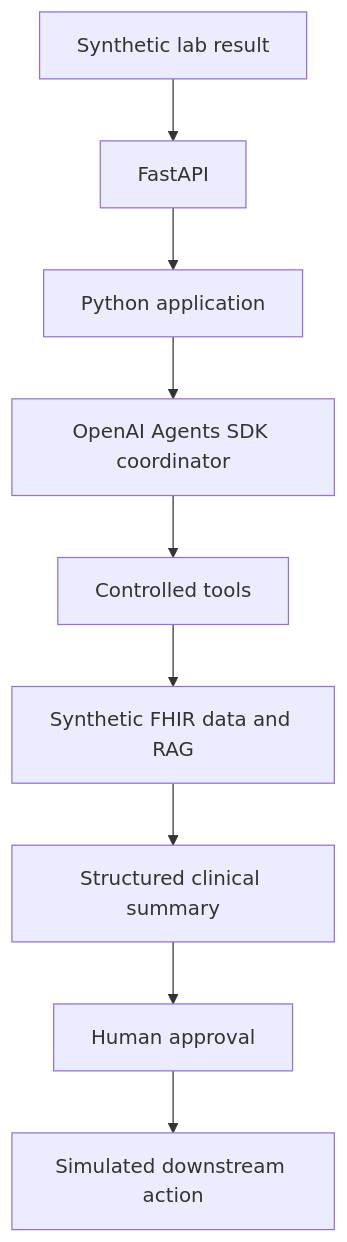
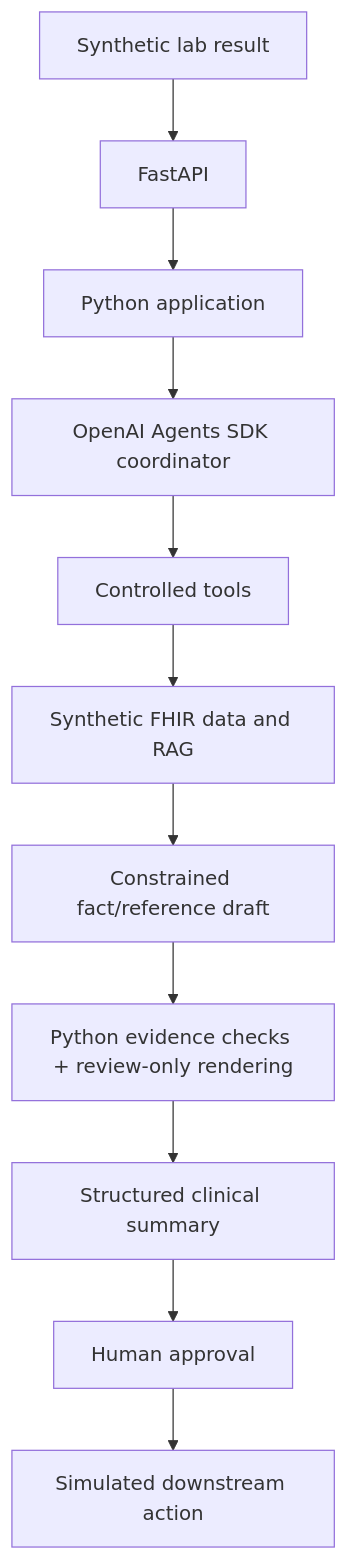
The first of 3 diagrams in ARCHITECTURE.md (johnpapciak/clinical-id-assistant), drawn with Mermaid before and after one commit. The commit also changed other lines of this file and 22 other files, not shown here.

Commit message:
Add structured safety guardrails and synthetic evaluation suite

````diff
--- a/ARCHITECTURE.md
+++ b/ARCHITECTURE.md
@@ -10,11 +10,13 @@
 ```mermaid
 flowchart TD
     Lab["Synthetic lab result"] --> API["FastAPI"]
     API --> App["Python application"]
     App --> Coordinator["OpenAI Agents SDK coordinator"]
     Coordinator --> Tools["Controlled tools"]
     Tools --> Context["Synthetic FHIR data and RAG"]
-    Context --> Summary["Structured clinical summary"]
+    Context --> Draft["Constrained fact/reference draft"]
+    Draft --> Safety["Python evidence checks + review-only rendering"]
+    Safety --> Summary["Structured clinical summary"]
     Summary --> Approval["Human approval"]
     Approval --> Action["Simulated downstream action"]
 ```
````
